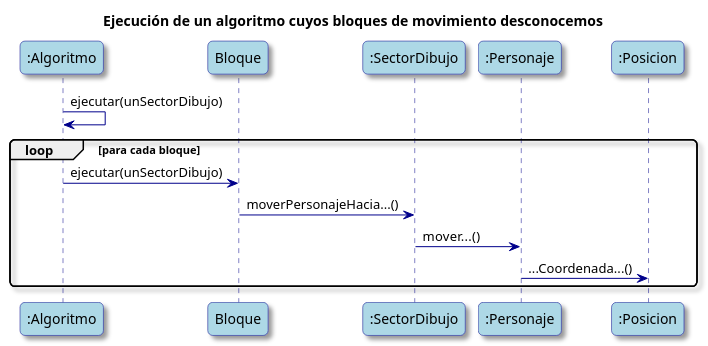
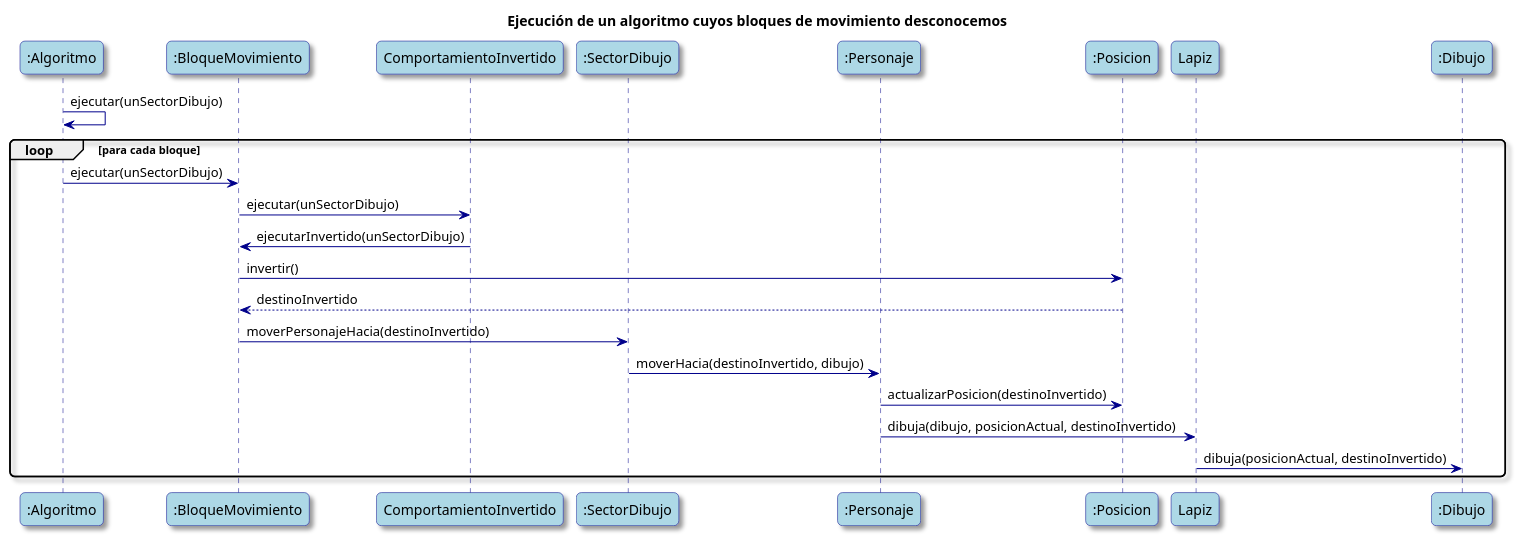
One commit to valva-ro/Algo3-TP2-AlgoBlocks changed the fourth of 4 diagrams in diagramas-uml.puml. Above: the diagram before and after it, drawn with PlantUML. The commit also changed other lines of this file, not shown here.

```diff
--- a/diagramas-uml.puml
+++ b/diagramas-uml.puml
@@ -341,37 +219,54 @@
 @startuml
 'Diagrama de secuencia para el caso de ejecución de un algoritmo con un solo bloque de mover a la derecha
 skinparam classAttributeIconSize 0
 skinparam backgroundColor White
 skinparam RoundCorner 10
 skinparam Shadowing true
 skinparam ArrowColor DarkBlue
 skinparam SequenceLifeLineBorderColor DarkBlue
 skinparam SequenceLoopBackgroundColor DarkBlue
 
 skinparam actor {
     BackgroundColor LightBlue
     BorderColor DarkBlue
 }
 
 skinparam participant {
     Bound DarkBlue
     BackgroundColor LightBlue
     BorderColor DarkBlue
 }
 
 title Ejecución de un algoritmo cuyos bloques de movimiento desconocemos
 
 participant ":Algoritmo" as Algoritmo
-participant "Bloque" as Bloque
+participant ":BloqueMovimiento" as Bloque
+participant "ComportamientoInvertido" as ComportamientoInvertido
 participant ":SectorDibujo" as SectorDibujo
 participant ":Personaje" as Personaje
 participant ":Posicion" as Posicion
+participant "Lapiz" as Lapiz
+participant ":Dibujo" as Dibujo
 
 Algoritmo -> Algoritmo : ejecutar(unSectorDibujo)
 loop para cada bloque
     Algoritmo -> Bloque : ejecutar(unSectorDibujo)
-    Bloque -> SectorDibujo : moverPersonajeHacia...()
-    SectorDibujo -> Personaje : mover...()
-    Personaje -> Posicion : ...Coordenada...()
+    Bloque -> ComportamientoInvertido : ejecutar(unSectorDibujo)
+    ComportamientoInvertido -> Bloque : ejecutarInvertido(unSectorDibujo)
+
+    Bloque -> Posicion : invertir()
+    Posicion --> Bloque : destinoInvertido
+
+    'Bloque tiene como atributo una Posicion destino
+    Bloque -> SectorDibujo : moverPersonajeHacia(destinoInvertido)
+
+    'SectorDibujo tiene como atributo un Dibujo dibujo
+    SectorDibujo -> Personaje : moverHacia(destinoInvertido, dibujo)
+    Personaje -> Posicion : actualizarPosicion(destinoInvertido)
+
+    'Personaje tiene como atributo una Posicion posicionActual
+    Personaje -> Lapiz : dibuja(dibujo, posicionActual, destinoInvertido)
+
+    Lapiz -> Dibujo : dibuja(posicionActual, destinoInvertido)
 end
 @enduml
```
